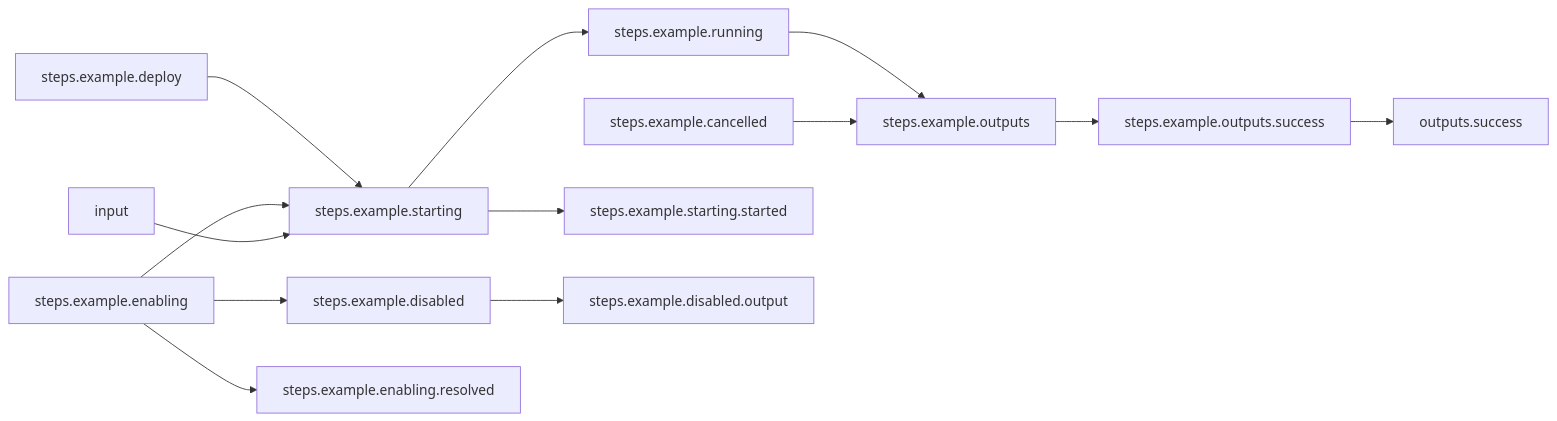
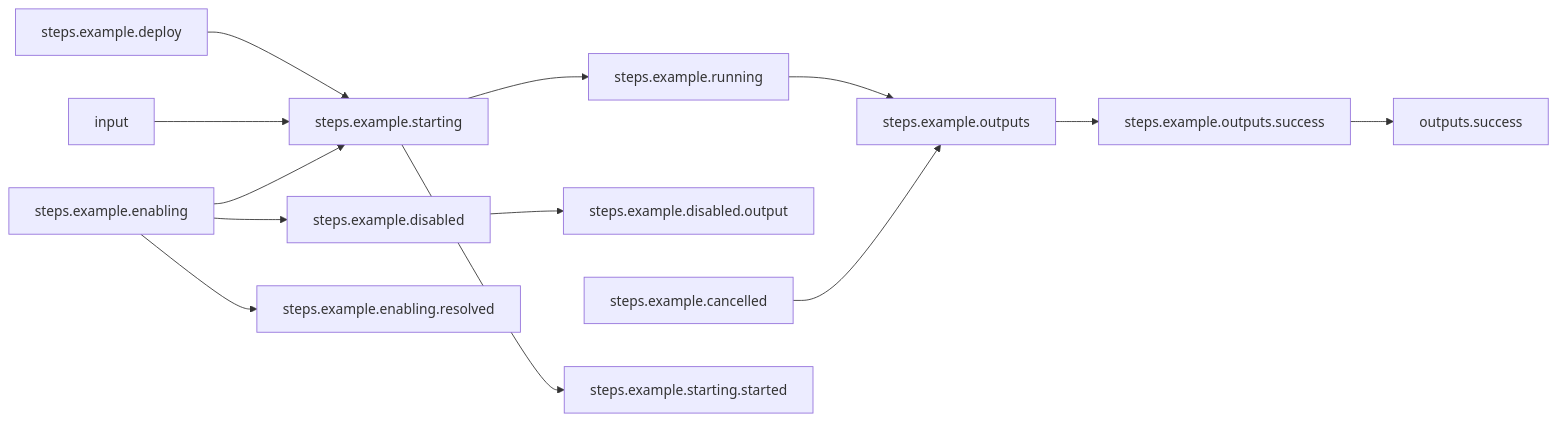
The second of 2 diagrams in basic-examples/quoting/README.md (arcalot/arcaflow-workflows), drawn with Mermaid before and after one commit. The commit also changed other lines of this file and 19 other files, not shown here.

````diff
--- a/basic-examples/quoting/README.md
+++ b/basic-examples/quoting/README.md
@@ -63,17 +66,17 @@
 ```mermaid
 %% Mermaid markdown workflow
 flowchart LR
 %% Success path
 steps.example.running-->steps.example.outputs
+steps.example.outputs-->steps.example.outputs.success
+steps.example.outputs.success-->outputs.success
+steps.example.deploy-->steps.example.starting
+steps.example.disabled-->steps.example.disabled.output
 steps.example.cancelled-->steps.example.outputs
+input-->steps.example.starting
 steps.example.starting-->steps.example.running
 steps.example.starting-->steps.example.starting.started
-steps.example.disabled-->steps.example.disabled.output
-steps.example.outputs.success-->outputs.success
-steps.example.outputs-->steps.example.outputs.success
-steps.example.deploy-->steps.example.starting
 steps.example.enabling-->steps.example.enabling.resolved
 steps.example.enabling-->steps.example.starting
 steps.example.enabling-->steps.example.disabled
-input-->steps.example.starting
 ```
````
